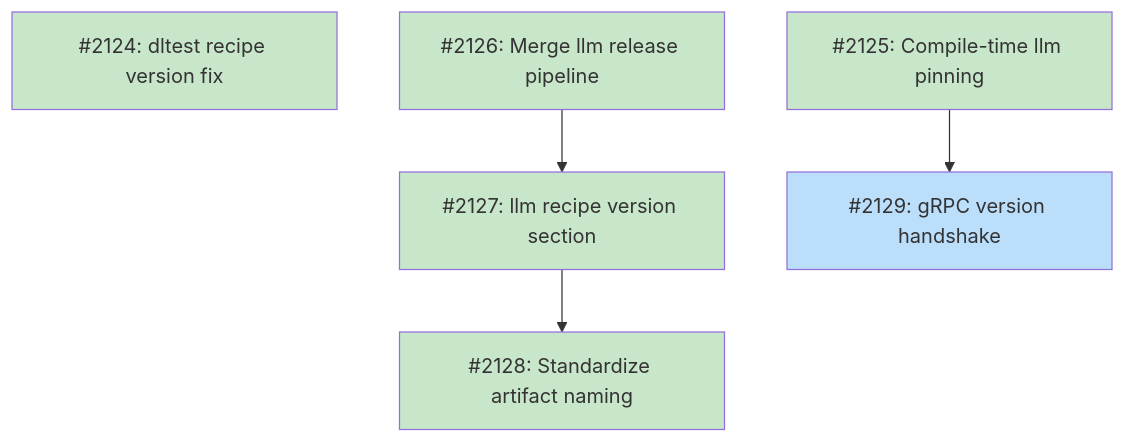
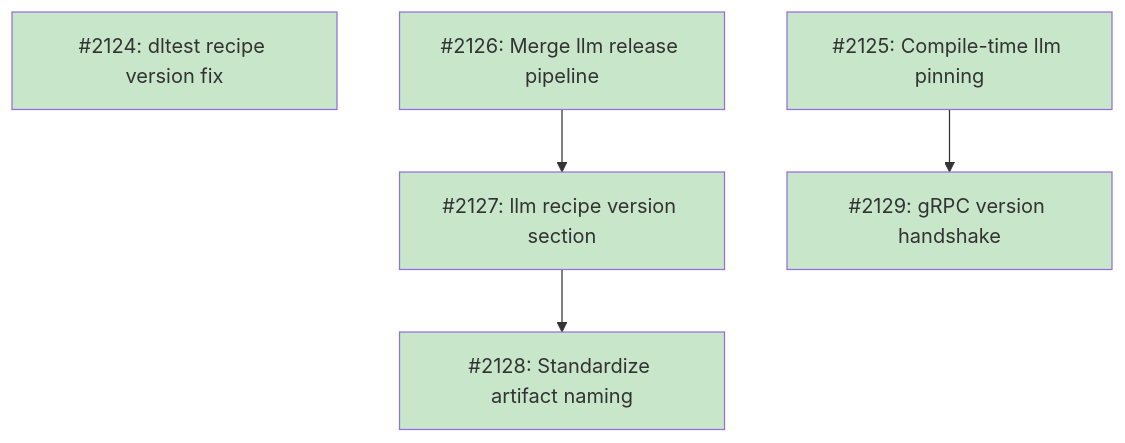
Before and after one commit to tsukumogami/tsuku: the diagram in docs/designs/DESIGN-unified-release-versioning.md, drawn with Mermaid. The commit also changed other lines of this file and 6 other files, not shown here.

````diff
--- a/docs/designs/DESIGN-unified-release-versioning.md
+++ b/docs/designs/DESIGN-unified-release-versioning.md
@@ -286,20 +286,19 @@
 ```mermaid
 graph TD
     I2124["#2124: dltest recipe version fix"]
     I2125["#2125: Compile-time llm pinning"]
     I2126["#2126: Merge llm release pipeline"]
     I2127["#2127: llm recipe version section"]
     I2128["#2128: Standardize artifact naming"]
     I2129["#2129: gRPC version handshake"]
 
     I2126 --> I2127
     I2127 --> I2128
     I2125 --> I2129
 
     classDef done fill:#c8e6c9
     classDef ready fill:#bbdefb
     classDef blocked fill:#fff9c4
 
-    class I2124,I2125,I2126,I2127,I2128 done
-    class I2129 ready
+    class I2124,I2125,I2126,I2127,I2128,I2129 done
 ```
````
